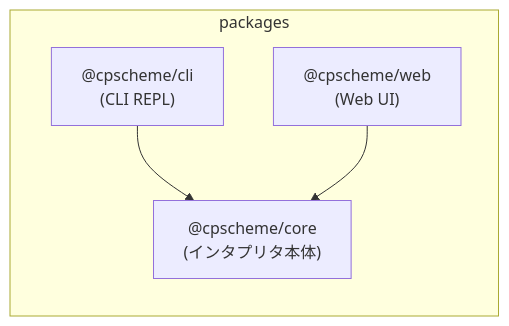
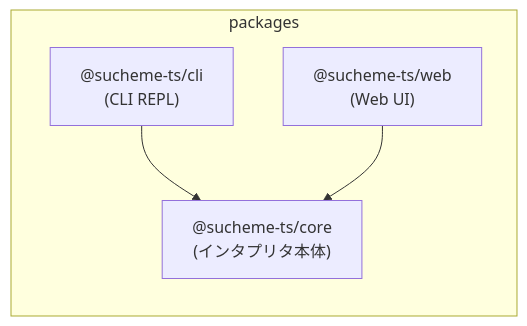
The diagram in README.md (suchi/sucheme-ts), drawn with Mermaid before and after one commit. The commit also changed other lines of this file and 37 other files, not shown here.

````diff
--- a/README.md
+++ b/README.md
@@ -9,10 +9,10 @@
 ```mermaid
 graph LR
     subgraph packages
-        core["@cpscheme/core\n(インタプリタ本体)"]
-        cli["@cpscheme/cli\n(CLI REPL)"]
-        web["@cpscheme/web\n(Web UI)"]
+        core["@sucheme-ts/core\n(インタプリタ本体)"]
+        cli["@sucheme-ts/cli\n(CLI REPL)"]
+        web["@sucheme-ts/web\n(Web UI)"]
     end
     cli --> core
     web --> core
 ```
````
